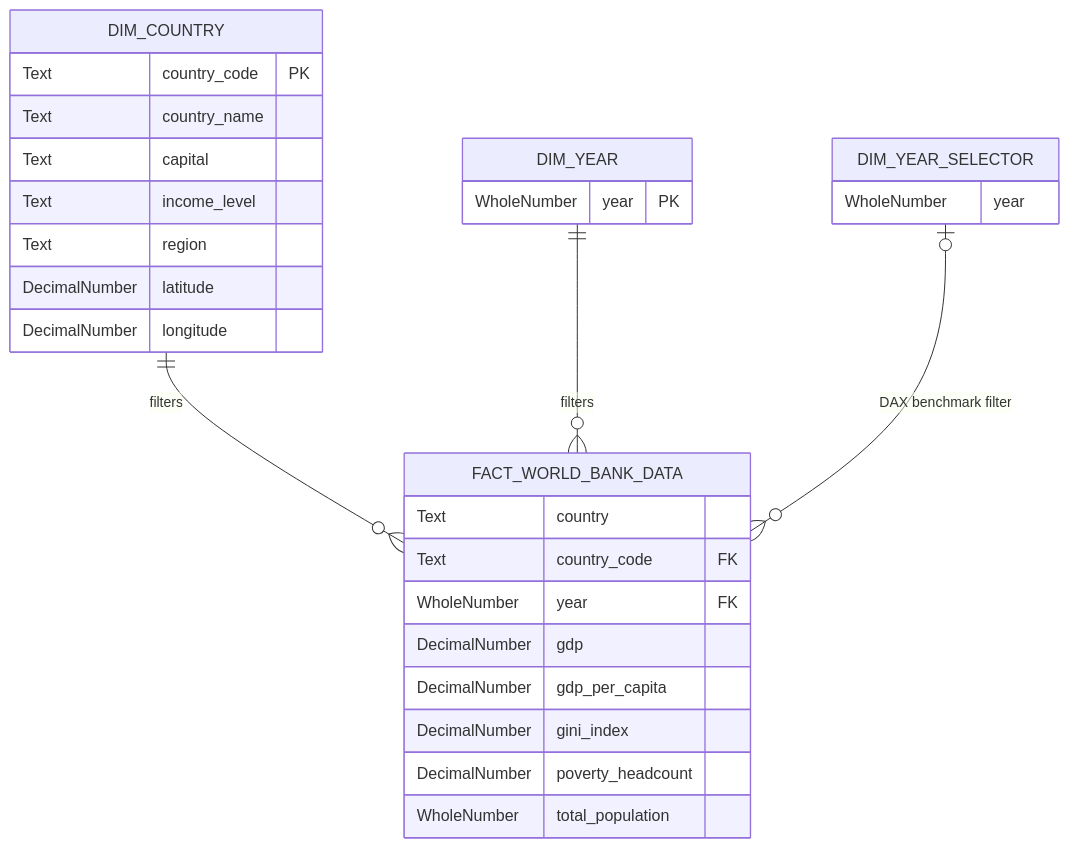
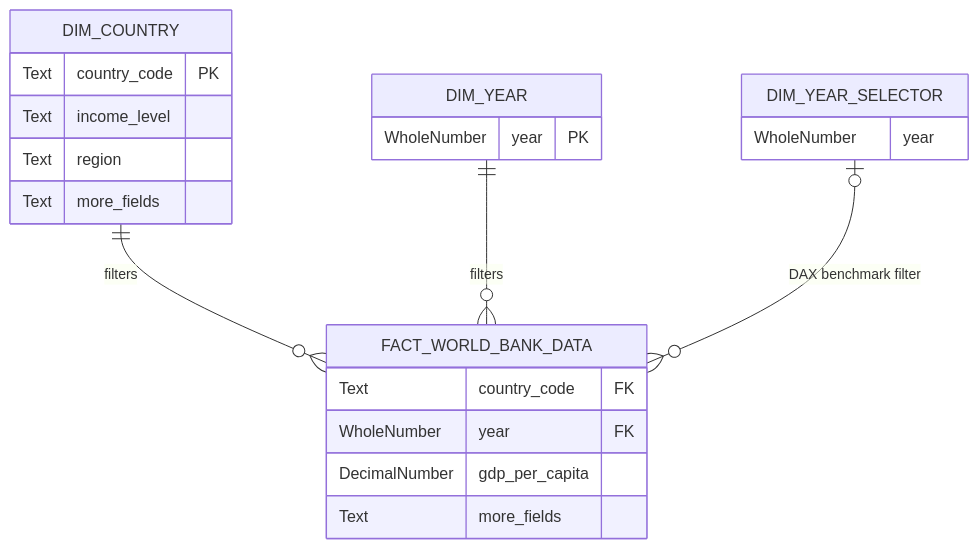
Before and after one commit to Yeisonfhh/worldbank-dashboard-project: the diagram in README.md, drawn with Mermaid. The commit also changed other lines of this file and 1 other file, not shown here.

Commit message:
Fix: Corrected Mermaid diagram syntax and formatting

````diff
--- a/README.md
+++ b/README.md
@@ -63,35 +63,28 @@
 ```mermaid
 erDiagram
     DIM_COUNTRY       ||--o{ FACT_WORLD_BANK_DATA : "filters"
     DIM_YEAR          ||--o{ FACT_WORLD_BANK_DATA : "filters"
     DIM_YEAR_SELECTOR  |o--o{ FACT_WORLD_BANK_DATA : "DAX benchmark filter"
-
+ 
     DIM_COUNTRY {
-        Text          country_code   PK
-        Text          country_name
-        Text          capital
-        Text          income_level
-        Text          region
-        DecimalNumber latitude
-        DecimalNumber longitude
+        Text        country_code PK
+        Text        income_level
+        Text        region
+        Text        more_fields
     }
-
+ 
     DIM_YEAR {
         WholeNumber year PK
     }
-
+ 
     FACT_WORLD_BANK_DATA {
-        Text          country
-        Text          country_code      FK
-        WholeNumber   year              FK
-        DecimalNumber gdp
+        Text          country_code FK
+        WholeNumber   year FK
         DecimalNumber gdp_per_capita
-        DecimalNumber gini_index
-        DecimalNumber poverty_headcount
-        WholeNumber   total_population
+        Text          more_fields
     }
-
+ 
     DIM_YEAR_SELECTOR {
         WholeNumber year
     }
 ```
````
